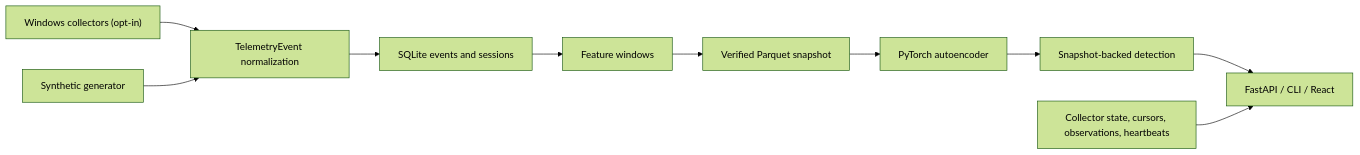
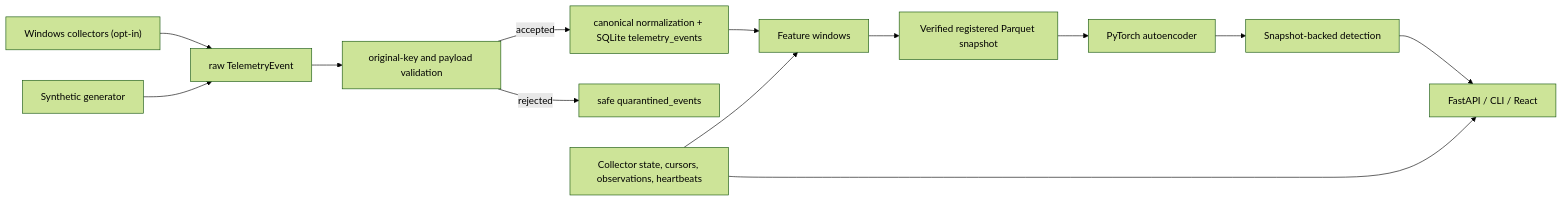
Before and after one commit to IskhakovMA/SentinelUEBA: the diagram in docs/ARCHITECTURE.md, drawn with Mermaid (forest theme). The commit also changed other lines of this file and 5 other files, not shown here.

Commit message:
Sync Stage 2 documentation with schema v6

````diff
--- a/docs/ARCHITECTURE.md
+++ b/docs/ARCHITECTURE.md
@@ -9,12 +13,15 @@
 ```mermaid
 flowchart LR
-  A["Windows collectors (opt-in)"] --> B["TelemetryEvent normalization"]
+  A["Windows collectors (opt-in)"] --> B["raw TelemetryEvent"]
   C["Synthetic generator"] --> B
-  B --> D["SQLite events and sessions"]
-  D --> E["Feature windows"]
-  E --> J["Verified Parquet snapshot"]
-  J --> F["PyTorch autoencoder"]
-  F --> G["Snapshot-backed detection"]
+  B --> D["original-key and payload validation"]
+  D -->|accepted| E["canonical normalization + SQLite telemetry_events"]
+  D -->|rejected| Q["safe quarantined_events"]
+  E --> F["Feature windows"]
+  F --> J["Verified registered Parquet snapshot"]
+  J --> K["PyTorch autoencoder"]
+  K --> G["Snapshot-backed detection"]
   G --> H["FastAPI / CLI / React"]
-  I["Collector state, cursors, observations, heartbeats"] --> H
+  I["Collector state, cursors, observations, heartbeats"] --> F
+  I --> H
 ```
````
